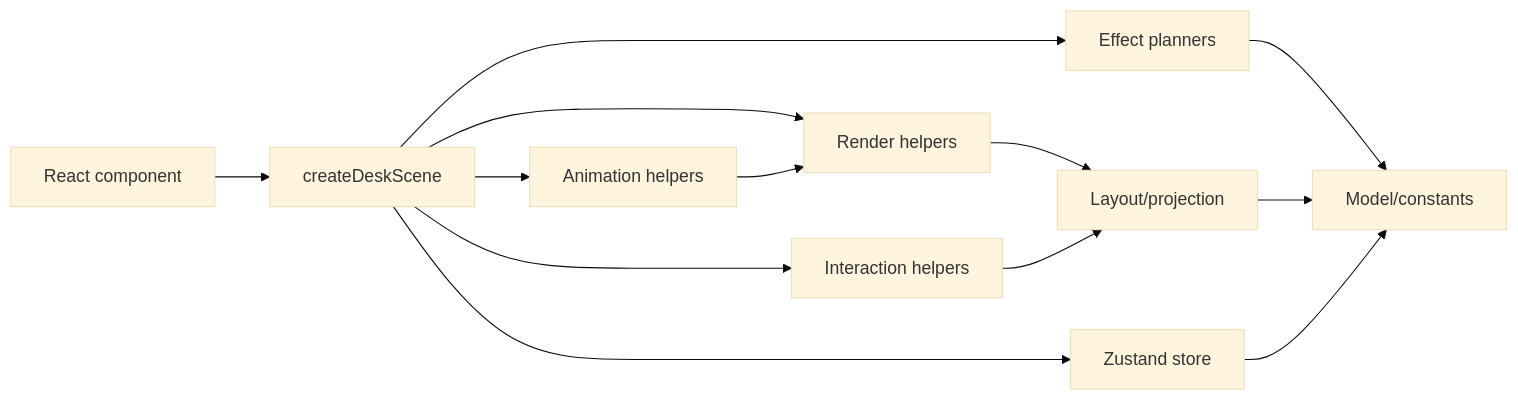
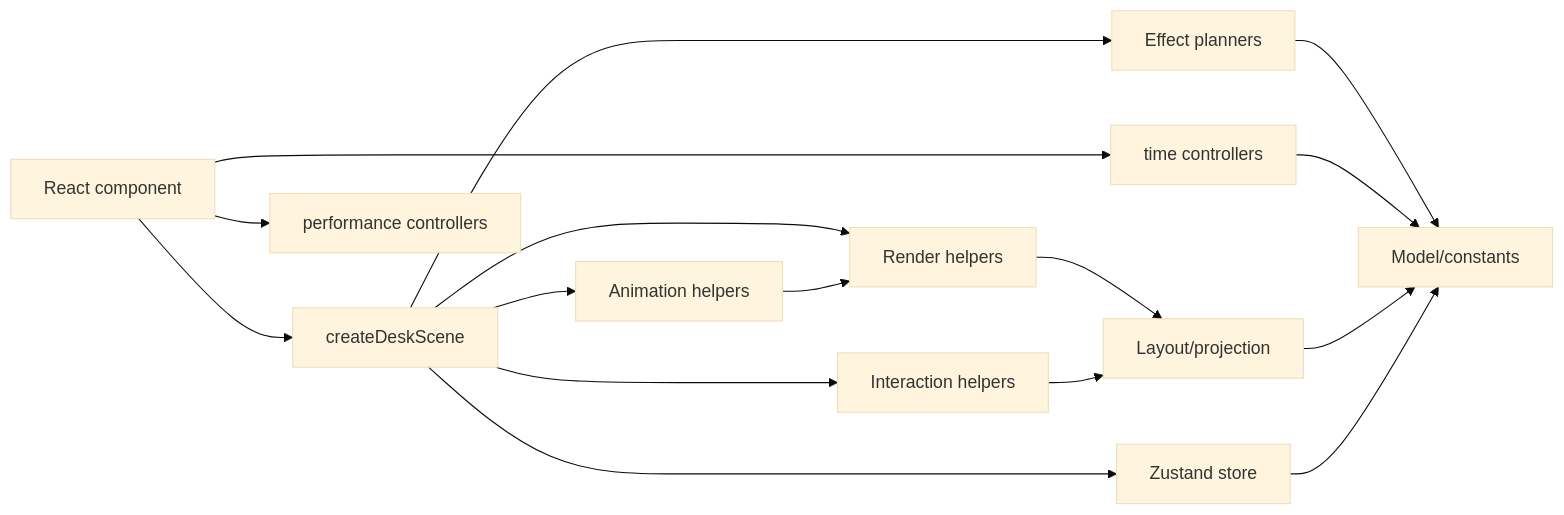
The diagram in docs/architecture.md (catindev/dtp3), drawn with Mermaid (base theme) before and after one commit. The commit also changed other lines of this file and 14 other files, not shown here.

````diff
--- a/docs/architecture.md
+++ b/docs/architecture.md
@@ -71,15 +83,18 @@
 ```mermaid
 flowchart LR
   React["React component"] --> Scene["createDeskScene"]
   Scene --> Store["Zustand store"]
   Scene --> Render["Render helpers"]
   Scene --> Interaction["Interaction helpers"]
   Scene --> Animation["Animation helpers"]
   Scene --> Effects["Effect planners"]
+  React --> Time["time controllers"]
+  React --> Performance["performance controllers"]
   Render --> Layout["Layout/projection"]
   Interaction --> Layout
   Effects --> Model
+  Time --> Model
   Layout --> Model["Model/constants"]
   Store --> Model
   Animation --> Render
 ```
````
